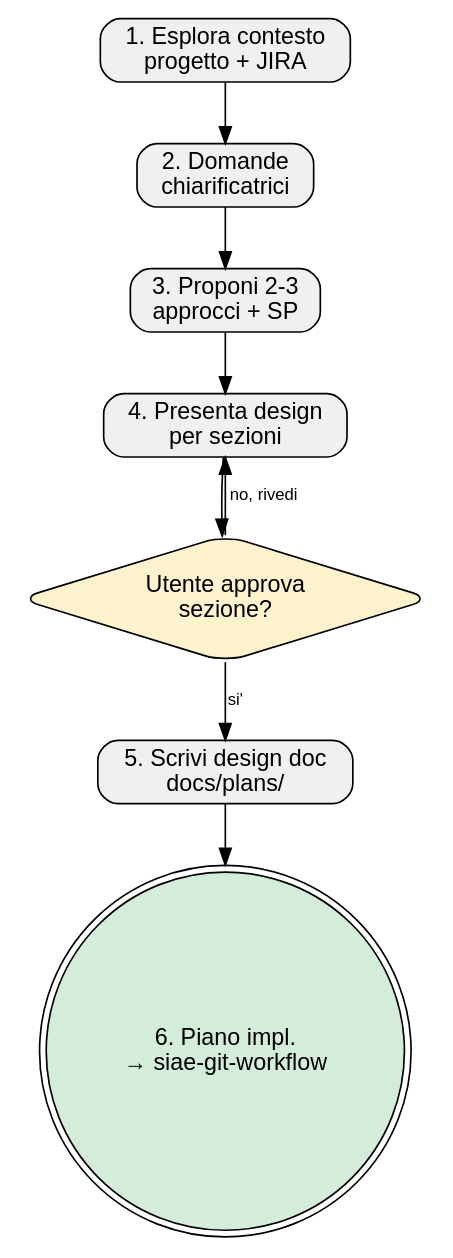
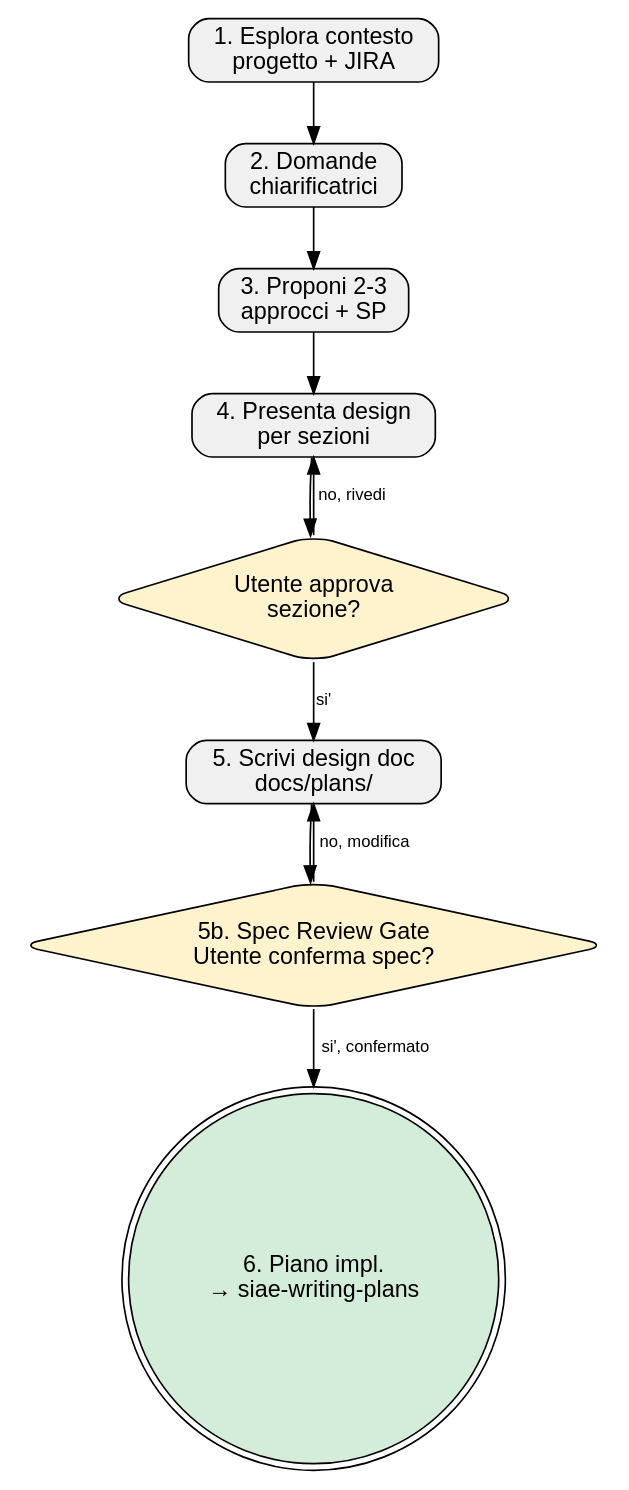
Before and after one commit to itsiae/siae-dev-forge: the diagram in skills/siae-brainstorming/SKILL.md, drawn with Graphviz. The commit also changed other lines of this file and 9 other files, not shown here.

First line of the commit message:
feat(skills): add spec review gate, instruction hierarchy, remove 7 redundant commands

````diff
--- a/skills/siae-brainstorming/SKILL.md
+++ b/skills/siae-brainstorming/SKILL.md
@@ -131,23 +152,26 @@
 ```dot
 digraph brainstorming {
     rankdir=TB;
     node [shape=box, style="rounded,filled", fillcolor="#f0f0f0", fontname="Helvetica"];
     edge [fontname="Helvetica", fontsize=10];
 
     explore [label="1. Esplora contesto\nprogetto + JIRA"];
     questions [label="2. Domande\nchiarificatrici"];
     approaches [label="3. Proponi 2-3\napprocci + SP"];
     design [label="4. Presenta design\nper sezioni"];
     approve [label="Utente approva\nsezione?", shape=diamond, fillcolor="#fff3cd"];
     doc [label="5. Scrivi design doc\ndocs/plans/"];
-    transition [label="6. Piano impl.\n→ siae-git-workflow", shape=doublecircle, fillcolor="#d4edda"];
+    spec_gate [label="5b. Spec Review Gate\nUtente conferma spec?", shape=diamond, fillcolor="#fff3cd"];
+    transition [label="6. Piano impl.\n→ siae-writing-plans", shape=doublecircle, fillcolor="#d4edda"];
 
     explore -> questions;
     questions -> approaches;
     approaches -> design;
     design -> approve;
     approve -> design [label="no, rivedi"];
     approve -> doc [label="si'"];
-    doc -> transition;
+    doc -> spec_gate;
+    spec_gate -> doc [label="no, modifica"];
+    spec_gate -> transition [label="si', confermato"];
 }
 ```
````
